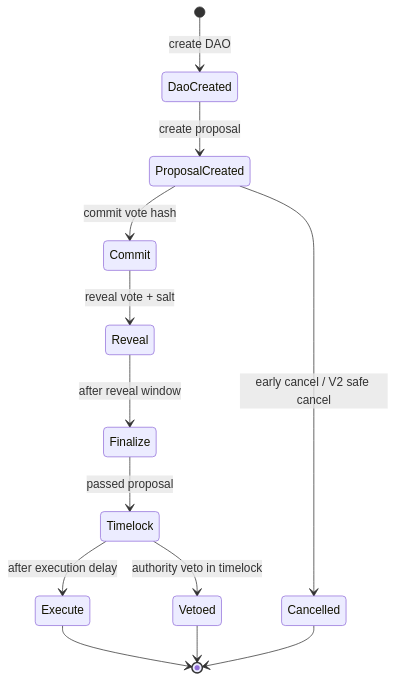
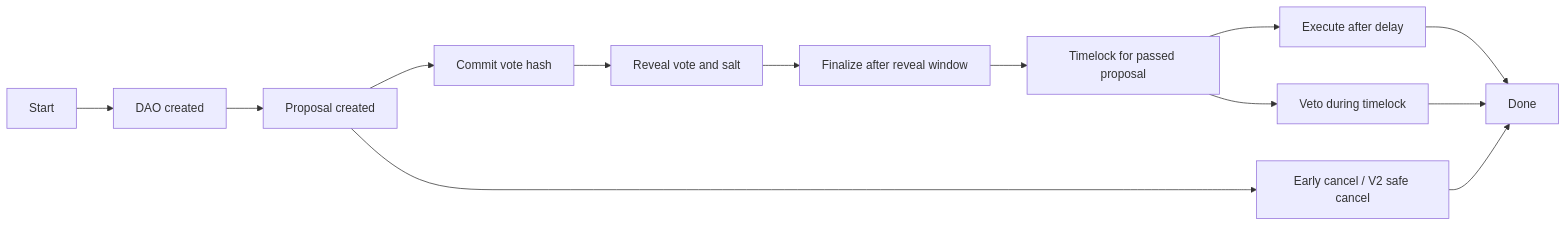
The second of 2 diagrams in README.md (X-PACT/PrivateDAO), drawn with Mermaid before and after one commit. The commit also changed other lines of this file, not shown here.

Commit message:
docs(readme): use renderer-safe diagrams

````diff
--- a/README.md
+++ b/README.md
@@ -126,15 +126,15 @@
 ```mermaid
-stateDiagram-v2
-  [*] --> DaoCreated: create DAO
-  DaoCreated --> ProposalCreated: create proposal
-  ProposalCreated --> Commit: commit vote hash
-  Commit --> Reveal: reveal vote + salt
-  Reveal --> Finalize: after reveal window
-  Finalize --> Timelock: passed proposal
-  Timelock --> Execute: after execution delay
-  Timelock --> Vetoed: authority veto in timelock
-  ProposalCreated --> Cancelled: early cancel / V2 safe cancel
-  Execute --> [*]
-  Vetoed --> [*]
-  Cancelled --> [*]
+flowchart LR
+  Start["Start"] --> DaoCreated["DAO created"]
+  DaoCreated --> ProposalCreated["Proposal created"]
+  ProposalCreated --> Commit["Commit vote hash"]
+  Commit --> Reveal["Reveal vote and salt"]
+  Reveal --> Finalize["Finalize after reveal window"]
+  Finalize --> Timelock["Timelock for passed proposal"]
+  Timelock --> Execute["Execute after delay"]
+  Timelock --> Vetoed["Veto during timelock"]
+  ProposalCreated --> Cancelled["Early cancel / V2 safe cancel"]
+  Execute --> Done["Done"]
+  Vetoed --> Done
+  Cancelled --> Done
 ```
````
